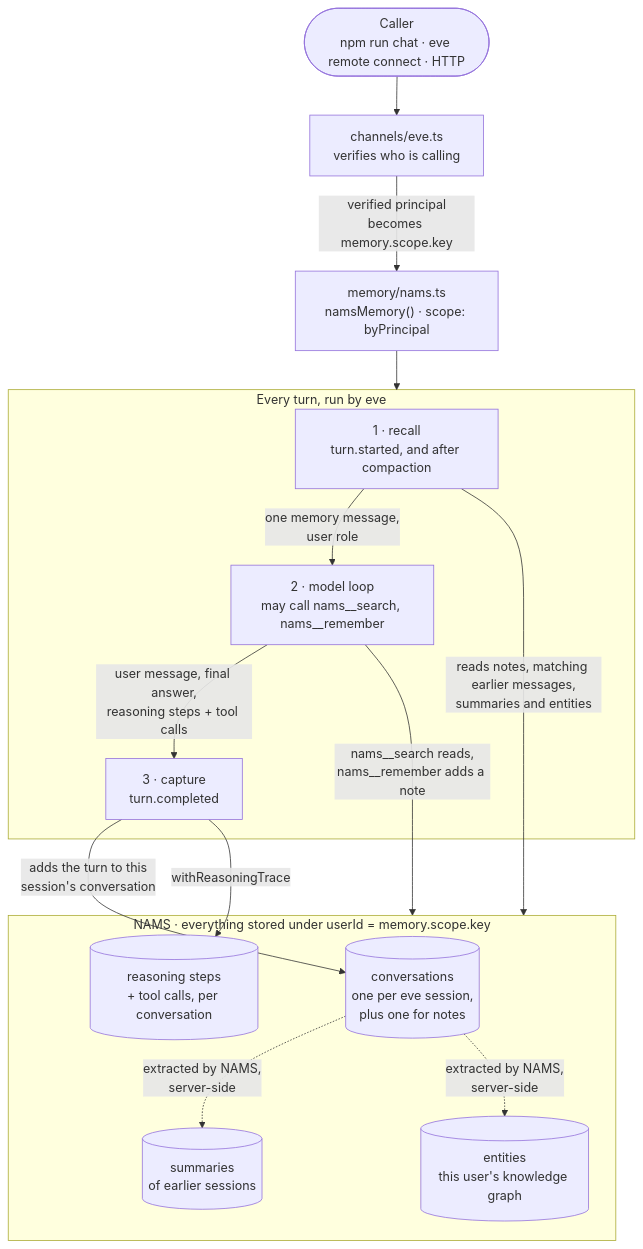
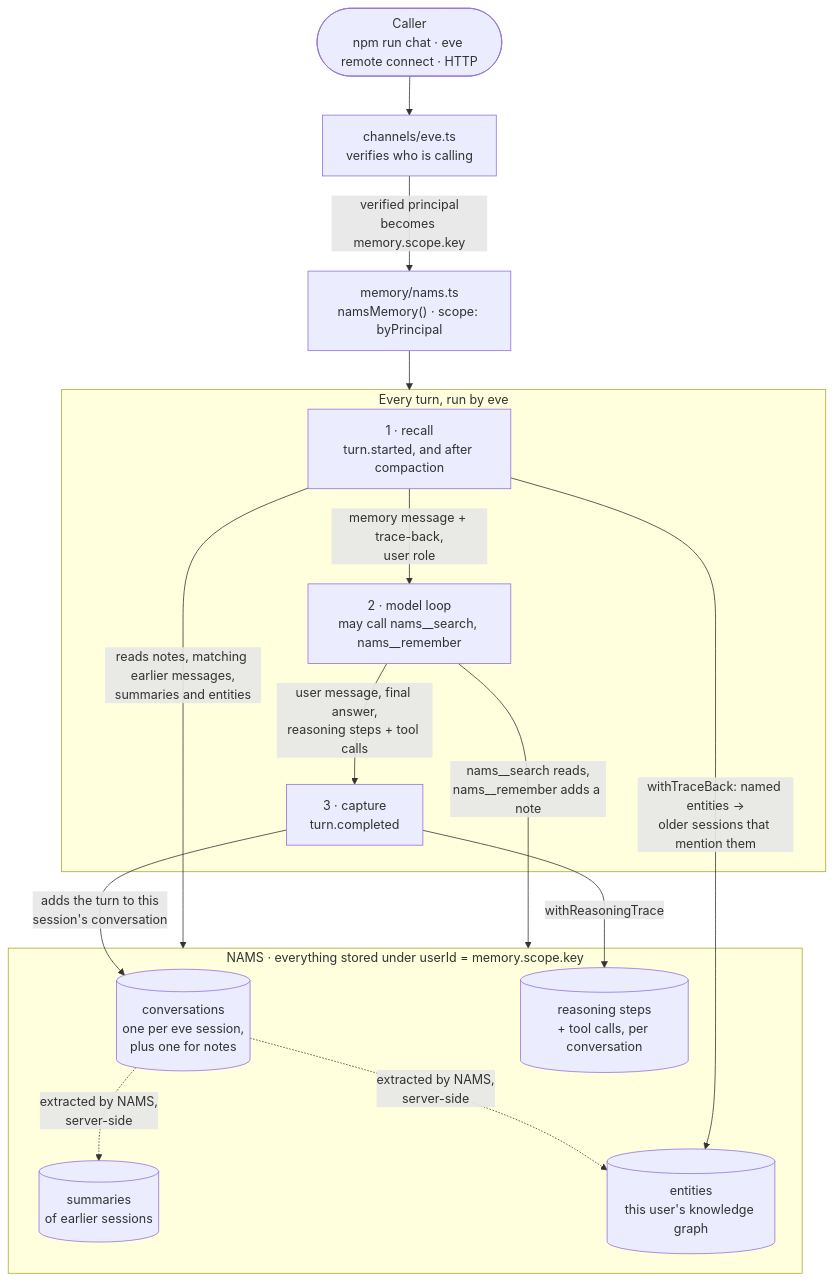
One commit to neo4j-labs/neo4j-agent-integrations changed the second of 2 diagrams in vercel-agent/vercel-eve/README.md. Above: the diagram before and after it, drawn with Mermaid. The commit also changed other lines of this file and 15 other files, not shown here.

````diff
--- a/vercel-agent/vercel-eve/README.md
+++ b/vercel-agent/vercel-eve/README.md
@@ -320,32 +329,33 @@
 ```mermaid
 flowchart TB
     caller(["Caller<br/>npm run chat · eve remote connect · HTTP"])
     channel["channels/eve.ts<br/>verifies who is calling"]
     slot["memory/nams.ts<br/>namsMemory() · scope: byPrincipal"]
 
     caller --> channel
     channel -- "verified principal<br/>becomes memory.scope.key" --> slot
     slot --> turn
 
     subgraph turn["Every turn, run by eve"]
         recall["1 · recall<br/>turn.started, and after compaction"]
         model["2 · model loop<br/>may call nams__search, nams__remember"]
         capture["3 · capture<br/>turn.completed"]
-        recall -- "one memory message,<br/>user role" --> model
+        recall -- "memory message + trace-back,<br/>user role" --> model
         model -- "user message, final answer,<br/>reasoning steps + tool calls" --> capture
     end
 
     subgraph nams["NAMS · everything stored under userId = memory.scope.key"]
         convs[("conversations<br/>one per eve session,<br/>plus one for notes")]
         steps[("reasoning steps<br/>+ tool calls, per conversation")]
         summaries[("summaries<br/>of earlier sessions")]
         entities[("entities<br/>this user's knowledge graph")]
         convs -. "extracted by NAMS,<br/>server-side" .-> summaries
         convs -. "extracted by NAMS,<br/>server-side" .-> entities
     end
 
     recall -- "reads notes, matching earlier messages,<br/>summaries and entities" --> nams
+    recall -- "withTraceBack: named entities →<br/>older sessions that mention them" --> entities
     model -- "nams__search reads,<br/>nams__remember adds a note" --> nams
     capture -- "adds the turn to this<br/>session's conversation" --> convs
     capture -- "withReasoningTrace" --> steps
 ```
````
